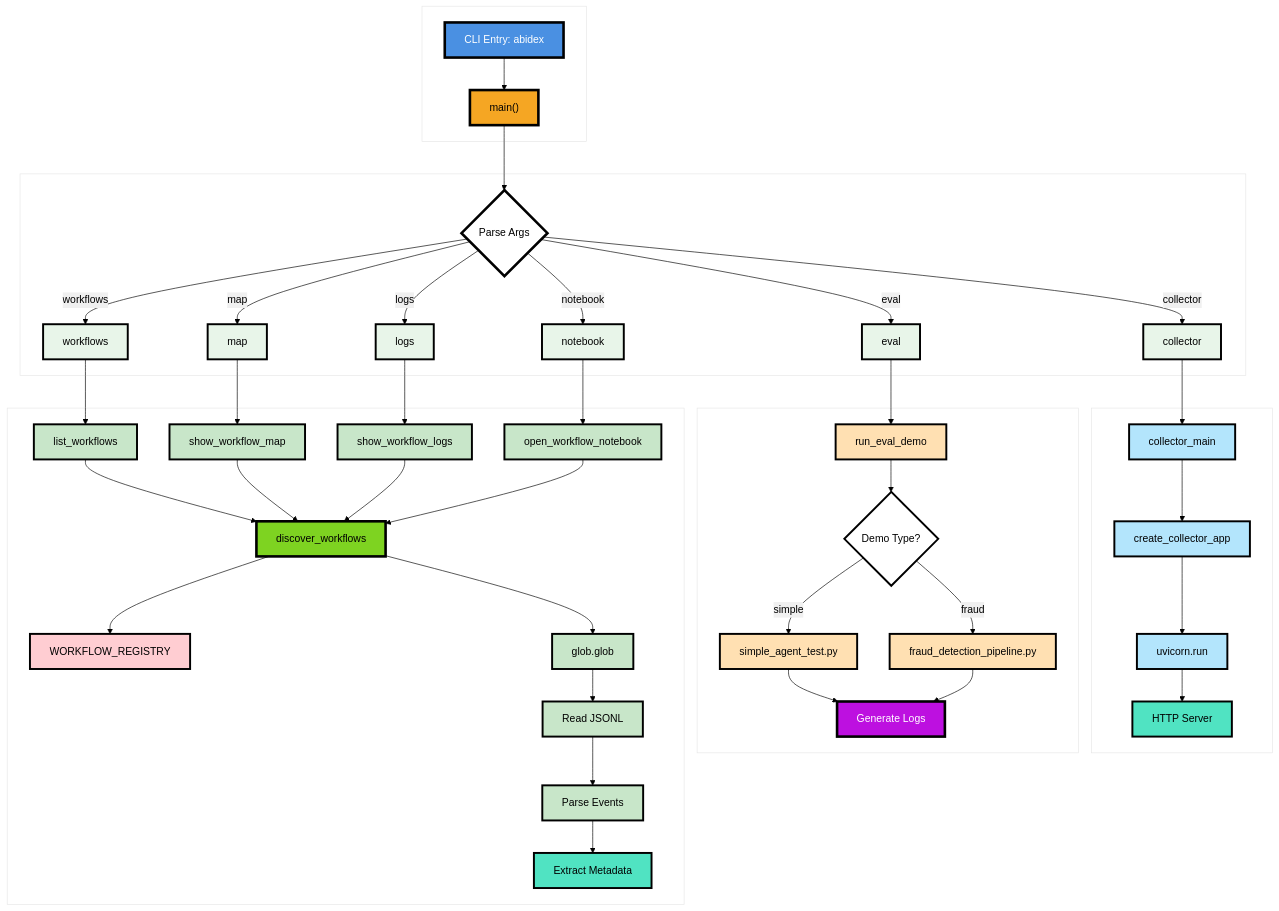
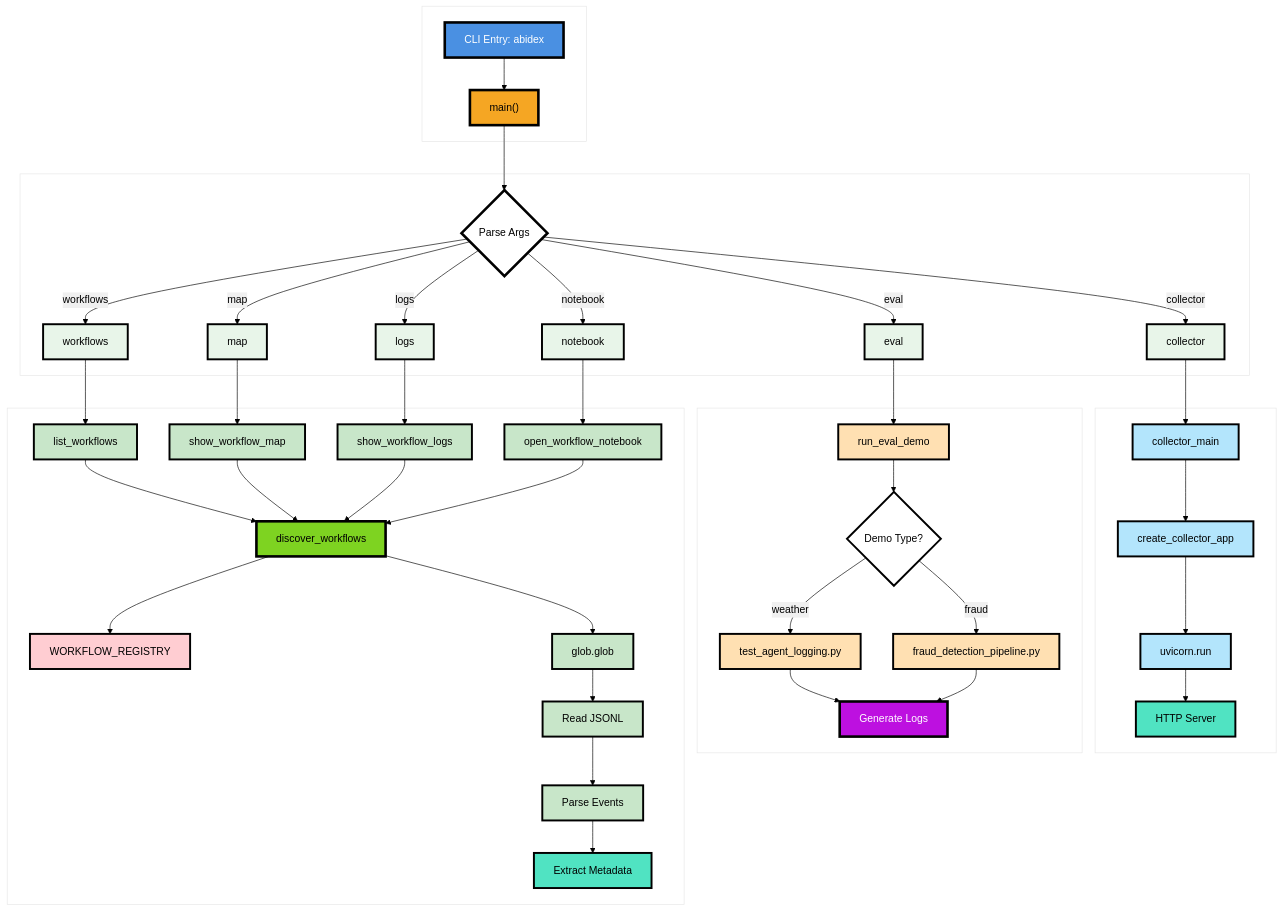
The second of 9 diagrams in documentation/CLI_ARCHITECTURE.md (abide-ai/abidex), drawn with Mermaid before and after one commit. The commit also changed other lines of this file and 4 other files, not shown here.

````diff
--- a/documentation/CLI_ARCHITECTURE.md
+++ b/documentation/CLI_ARCHITECTURE.md
@@ -53,80 +53,80 @@
 ```mermaid
 %%{init: {'theme':'base', 'themeVariables': { 'primaryColor':'#ffffff', 'primaryTextColor':'#000000', 'primaryBorderColor':'#000000', 'lineColor':'#000000', 'secondaryColor':'#f0f0f0', 'tertiaryColor':'#ffffff', 'background':'#ffffff', 'mainBkgColor':'#ffffff', 'secondBkgColor':'#f5f5f5', 'textColor':'#000000', 'fontSize':'16px', 'fontFamily':'Arial, sans-serif'}}}%%
 graph TB
     subgraph Entry[" "]
         A["CLI Entry: abidex"] --> B["main()"]
     end
     
     subgraph Routing[" "]
         B --> C{"Parse Args"}
         C -->|collector| D1["collector"]
         C -->|eval| D2["eval"]
         C -->|workflows| D3["workflows"]
         C -->|map| D4["map"]
         C -->|logs| D5["logs"]
         C -->|notebook| D6["notebook"]
     end
     
     subgraph Collector[" "]
         D1 --> E1["collector_main"]
         E1 --> E2["create_collector_app"]
         E2 --> E3["uvicorn.run"]
         E3 --> E4["HTTP Server"]
     end
     
     subgraph Eval[" "]
         D2 --> F1["run_eval_demo"]
         F1 --> F2{"Demo Type?"}
-        F2 -->|simple| F3["simple_agent_test.py"]
+        F2 -->|weather| F3["test_agent_logging.py"]
         F2 -->|fraud| F4["fraud_detection_pipeline.py"]
         F3 --> F5["Generate Logs"]
         F4 --> F5
     end
     
     subgraph Discovery[" "]
         D3 --> G1["list_workflows"]
         D4 --> G2["show_workflow_map"]
         D5 --> G3["show_workflow_logs"]
         D6 --> G4["open_workflow_notebook"]
         
         G1 --> H1["discover_workflows"]
         G2 --> H1
         G3 --> H1
         G4 --> H1
         
         H1 --> H2["WORKFLOW_REGISTRY"]
         H1 --> H3["glob.glob"]
         H3 --> H4["Read JSONL"]
         H4 --> H5["Parse Events"]
         H5 --> H6["Extract Metadata"]
     end
     
     style A fill:#4a90e2,stroke:#000000,stroke-width:4px,color:#ffffff
     style B fill:#f5a623,stroke:#000000,stroke-width:4px,color:#000000
     style C fill:#ffffff,stroke:#000000,stroke-width:4px,color:#000000
     style D1 fill:#e8f5e9,stroke:#000000,stroke-width:3px,color:#000000
     style D2 fill:#e8f5e9,stroke:#000000,stroke-width:3px,color:#000000
     style D3 fill:#e8f5e9,stroke:#000000,stroke-width:3px,color:#000000
     style D4 fill:#e8f5e9,stroke:#000000,stroke-width:3px,color:#000000
     style D5 fill:#e8f5e9,stroke:#000000,stroke-width:3px,color:#000000
     style D6 fill:#e8f5e9,stroke:#000000,stroke-width:3px,color:#000000
     style E1 fill:#b3e5fc,stroke:#000000,stroke-width:3px,color:#000000
     style E2 fill:#b3e5fc,stroke:#000000,stroke-width:3px,color:#000000
     style E3 fill:#b3e5fc,stroke:#000000,stroke-width:3px,color:#000000
     style E4 fill:#50e3c2,stroke:#000000,stroke-width:3px,color:#000000
     style F1 fill:#ffe0b2,stroke:#000000,stroke-width:3px,color:#000000
     style F2 fill:#ffffff,stroke:#000000,stroke-width:3px,color:#000000
     style F3 fill:#ffe0b2,stroke:#000000,stroke-width:3px,color:#000000
     style F4 fill:#ffe0b2,stroke:#000000,stroke-width:3px,color:#000000
     style F5 fill:#bd10e0,stroke:#000000,stroke-width:4px,color:#ffffff
     style G1 fill:#c8e6c9,stroke:#000000,stroke-width:3px,color:#000000
     style G2 fill:#c8e6c9,stroke:#000000,stroke-width:3px,color:#000000
     style G3 fill:#c8e6c9,stroke:#000000,stroke-width:3px,color:#000000
     style G4 fill:#c8e6c9,stroke:#000000,stroke-width:3px,color:#000000
     style H1 fill:#7ed321,stroke:#000000,stroke-width:4px,color:#000000
     style H2 fill:#ffcdd2,stroke:#000000,stroke-width:3px,color:#000000
     style H3 fill:#c8e6c9,stroke:#000000,stroke-width:3px,color:#000000
     style H4 fill:#c8e6c9,stroke:#000000,stroke-width:3px,color:#000000
     style H5 fill:#c8e6c9,stroke:#000000,stroke-width:3px,color:#000000
     style H6 fill:#50e3c2,stroke:#000000,stroke-width:3px,color:#000000
 ```
````
